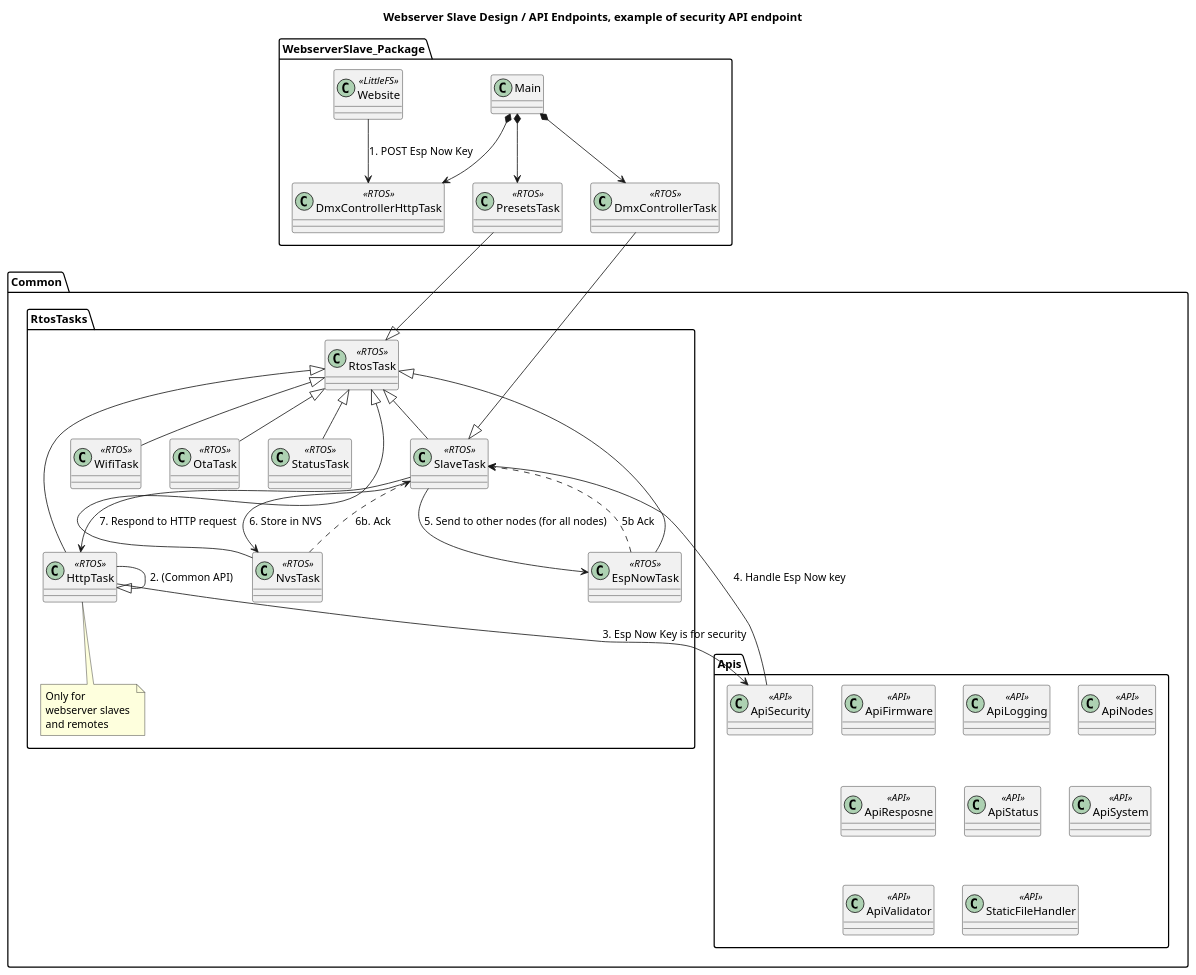
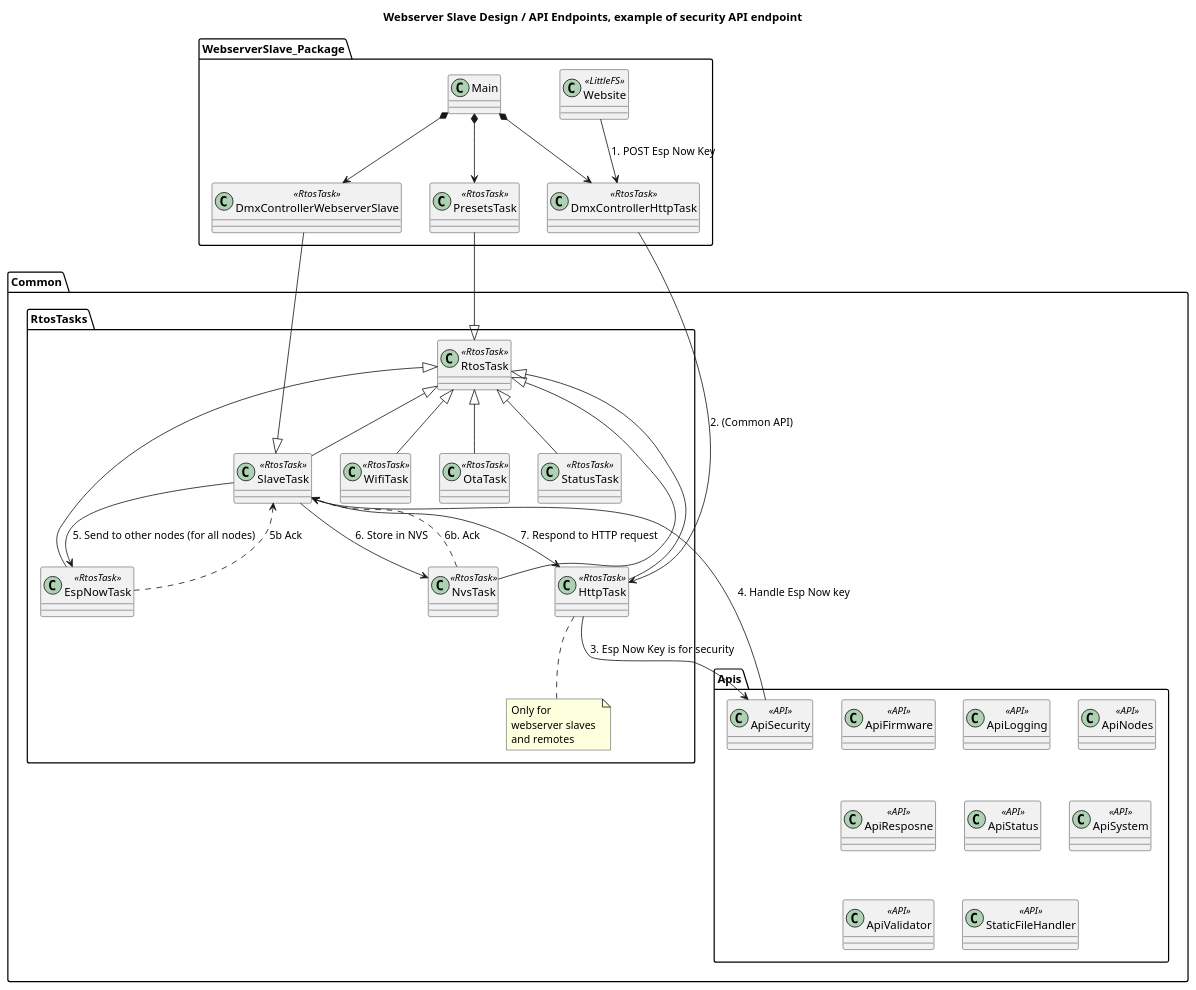
The second of 4 diagrams in docs/requirements_and_dds/slaves/webserver_slave.puml (michelkeijzers/Esp32Framework), drawn with PlantUML before and after one commit. The commit also changed other lines of this file and 10 other files, not shown here.

Commit message:
Mock Esp now renaming, removed handler

```diff
--- a/docs/requirements_and_dds/slaves/webserver_slave.puml
+++ b/docs/requirements_and_dds/slaves/webserver_slave.puml
@@ -78,79 +79,79 @@
 @startuml 
 
 title Webserver Slave Design / API Endpoints, example of security API endpoint 
 
 package WebserverSlave_Package
 {
     class Main {}
 
-    class DmxControllerTask <<RTOS>> {}
+    class DmxControllerWebserverSlave <<RtosTask>> {}
 
     class Website <<LittleFS>>
 
-    class DmxControllerHttpTask <<RTOS>> {}
-    class PresetsTask <<RTOS>> {}
+    class DmxControllerHttpTask <<RtosTask>> {}
+    class PresetsTask <<RtosTask>> {}
 
-    Main *--> DmxControllerTask
+    Main *--> DmxControllerWebserverSlave
     Main *--> DmxControllerHttpTask
     Main *--> PresetsTask
 
     Website --> DmxControllerHttpTask : 1. POST Esp Now Key
 }
 
 package Common 
 {
     package Apis 
     {
         class ApiFirmware <<API>> {}
         class ApiLogging <<API>> {}
         class ApiNodes <<API>> {}
         class ApiResposne <<API>> {}
         class ApiSecurity <<API>> {}
         class ApiStatus <<API>> {}
         class ApiSystem <<API>> {}
         class ApiValidator <<API>> {}
         class StaticFileHandler <<API>> {}
     }
 
     package RtosTasks
     {
-        class RtosTask <<RTOS>> {}
+        class RtosTask <<RtosTask>> {}
 
-        class SlaveTask <<RTOS>> {}
-        class HttpTask <<RTOS>> {}
+        class SlaveTask <<RtosTask>> {}
+        class HttpTask <<RtosTask>> {}
         note bottom of HttpTask
             Only for
             webserver slaves 
             and remotes
         end note        
-        class WifiTask <<RTOS>> {}
-        class EspNowTask <<RTOS>> {}
-        class OtaTask <<RTOS>> {}
-        class StatusTask <<RTOS>> {}
-        class NvsTask <<RTOS>> {}
+        class WifiTask <<RtosTask>> {}
+        class EspNowTask <<RtosTask>> {}
+        class OtaTask <<RtosTask>> {}
+        class StatusTask <<RtosTask>> {}
+        class NvsTask <<RtosTask>> {}
 
         SlaveTask -u-|> RtosTask
         HttpTask -u-|> RtosTask
         WifiTask -u-|> RtosTask
         EspNowTask -u-|> RtosTask
         OtaTask -u-|> RtosTask
         StatusTask -u-|> RtosTask
         NvsTask -u-|> RtosTask
     }
 
     HttpTask --> ApiSecurity : 3. Esp Now Key is for security
     ApiSecurity --> SlaveTask : 4. Handle Esp Now key
     SlaveTask --> EspNowTask : 5. Send to other nodes (for all nodes)
     EspNowTask ..> SlaveTask: 5b Ack
     SlaveTask --> NvsTask : 6. Store in NVS 
     NvsTask ..> SlaveTask : 6b. Ack
     SlaveTask --> HttpTask : 7. Respond to HTTP request
 
 
 }
 
-DmxControllerTask --|> SlaveTask
-HttpTask --|> HttpTask : 2. (Common API)
+DmxControllerWebserverSlave --|> SlaveTask
+DmxControllerHttpTask --> HttpTask : 2. (Common API)
 PresetsTask --|> RtosTask
 
 @enduml
```
